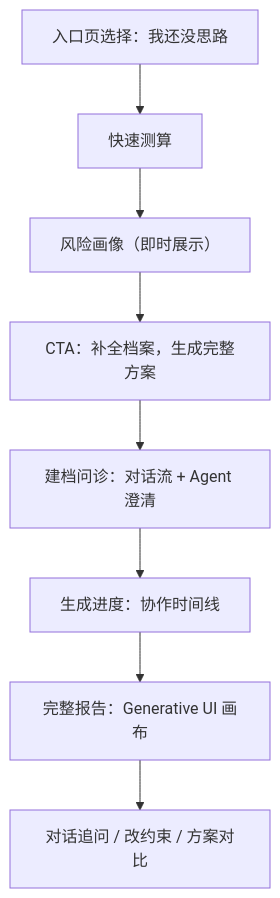
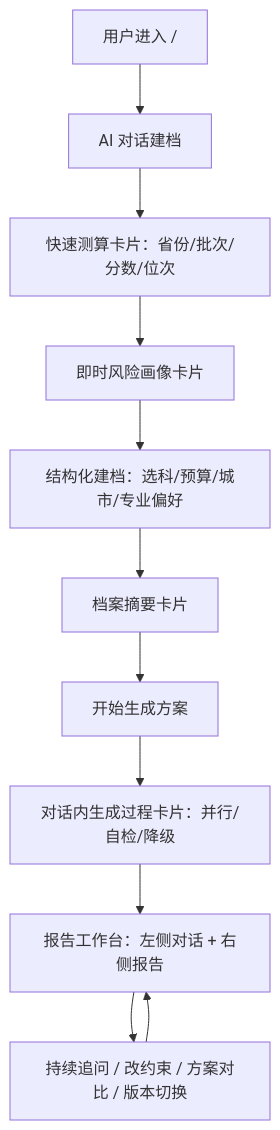
The second of 6 diagrams in docs/frontend-prd-v2.md (debugzhao/jin-guide), drawn with Mermaid before and after one commit. The commit also changed other lines of this file and 2 other files, not shown here.

````diff
--- a/docs/frontend-prd-v2.md
+++ b/docs/frontend-prd-v2.md
@@ -241,10 +251,13 @@
 ```mermaid
 flowchart TD
-  A["入口页选择：我还没思路"] --> B["快速测算"]
-  B --> C["风险画像（即时展示）"]
-  C --> D["CTA：补全档案，生成完整方案"]
-  D --> E["建档问诊：对话流 + Agent 澄清"]
-  E --> F["生成进度：协作时间线"]
-  F --> G["完整报告：Generative UI 画布"]
-  G --> I["对话追问 / 改约束 / 方案对比"]
+  A["用户进入 /"] --> B["AI 对话建档"]
+  B --> C["快速测算卡片：省份/批次/分数/位次"]
+  C --> D["即时风险画像卡片"]
+  D --> E["结构化建档：选科/预算/城市/专业偏好"]
+  E --> F["档案摘要卡片"]
+  F --> G["开始生成方案"]
+  G --> H["对话内生成过程卡片：并行/自检/降级"]
+  H --> I["报告工作台：左侧对话 + 右侧报告"]
+  I --> J["持续追问 / 改约束 / 方案对比 / 版本切换"]
+  J --> I
 ```
````
